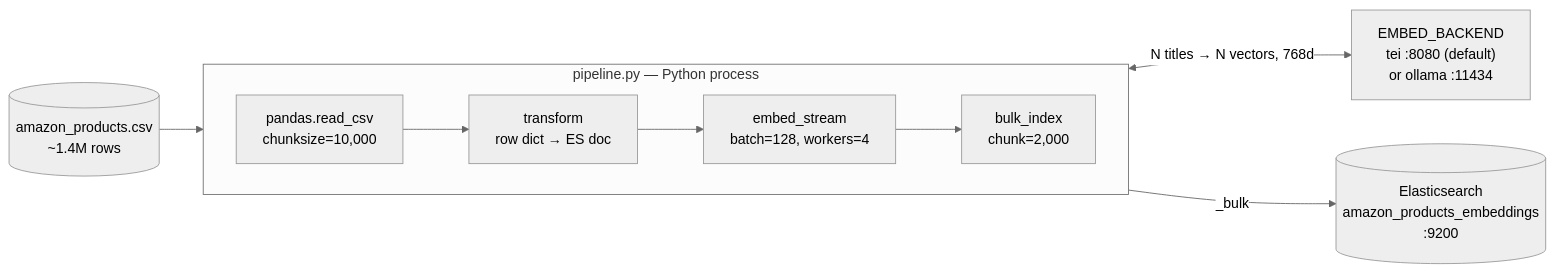
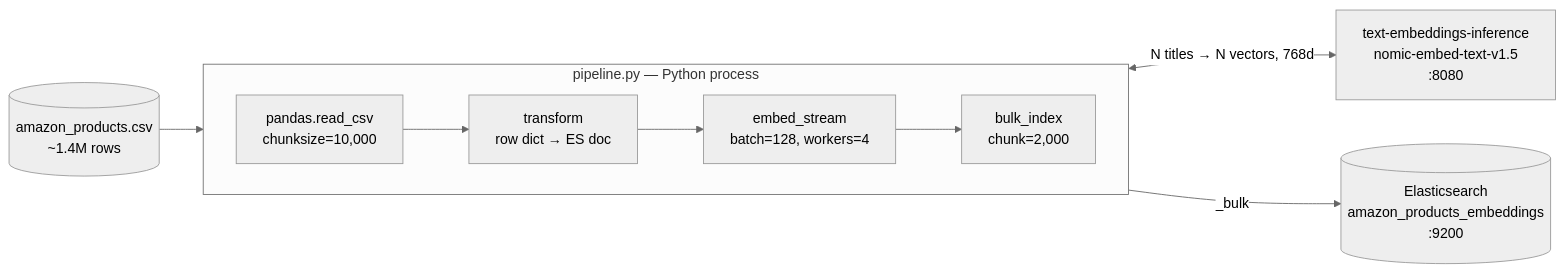
Before and after one commit to Guillaume-Gozillon/search-lab-ingest: the first of 2 diagrams in article-02-vector-ingestion/README.md, drawn with Mermaid (neutral theme). The commit also changed other lines of this file and 13 other files, not shown here.

Commit message:
Remove the Ollama backend: TEI is the only engine now

````diff
--- a/article-02-vector-ingestion/README.md
+++ b/article-02-vector-ingestion/README.md
@@ -13,18 +13,18 @@
 ```mermaid
 flowchart LR
     CSV[("amazon_products.csv<br/>~1.4M rows")]
     subgraph PY["pipeline.py — Python process"]
         direction LR
         READ["pandas.read_csv<br/>chunksize=10,000"]
         TRANSFORM["transform<br/>row dict → ES doc"]
         EMBED["embed_stream<br/>batch=128, workers=4"]
         BULK["bulk_index<br/>chunk=2,000"]
         READ --> TRANSFORM --> EMBED --> BULK
     end
-    BACKEND["EMBED_BACKEND<br/>tei :8080 (default)<br/>or ollama :11434"]
+    BACKEND["text-embeddings-inference<br/>nomic-embed-text-v1.5<br/>:8080"]
     ES[("Elasticsearch<br/>amazon_products_embeddings<br/>:9200")]
 
     CSV --> READ
     EMBED <-->|"N titles → N vectors, 768d"| BACKEND
     BULK -->|"_bulk"| ES
 ```
````
